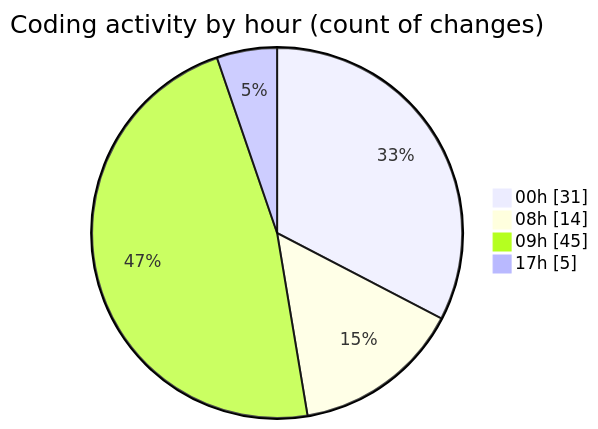
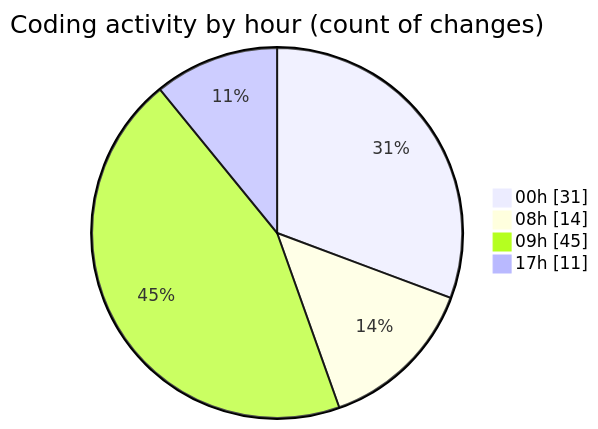
The second of 2 diagrams in 2025-08-03/studybuddy/README.md (lephambinh05/code-tracking), drawn with Mermaid before and after one commit. The commit also changed other lines of this file and 1 other file, not shown here.

````diff
--- a/2025-08-03/studybuddy/README.md
+++ b/2025-08-03/studybuddy/README.md
@@ -62,8 +64,8 @@
 ```mermaid
 pie showData
 title Coding activity by hour (count of changes)
 "00h" : 31
 "08h" : 14
 "09h" : 45
-"17h" : 5
+"17h" : 11
 ```
````
